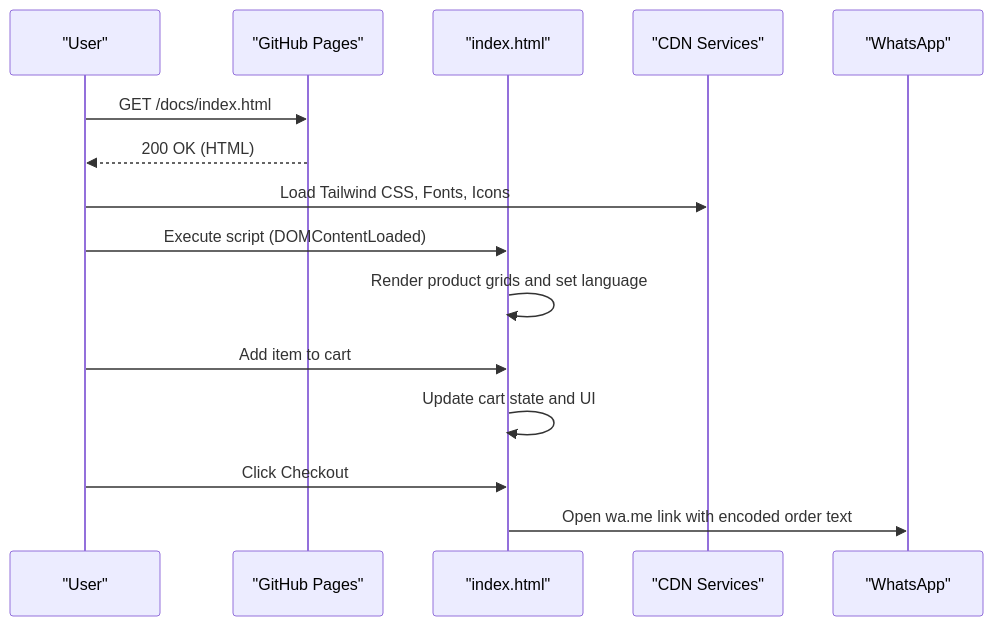
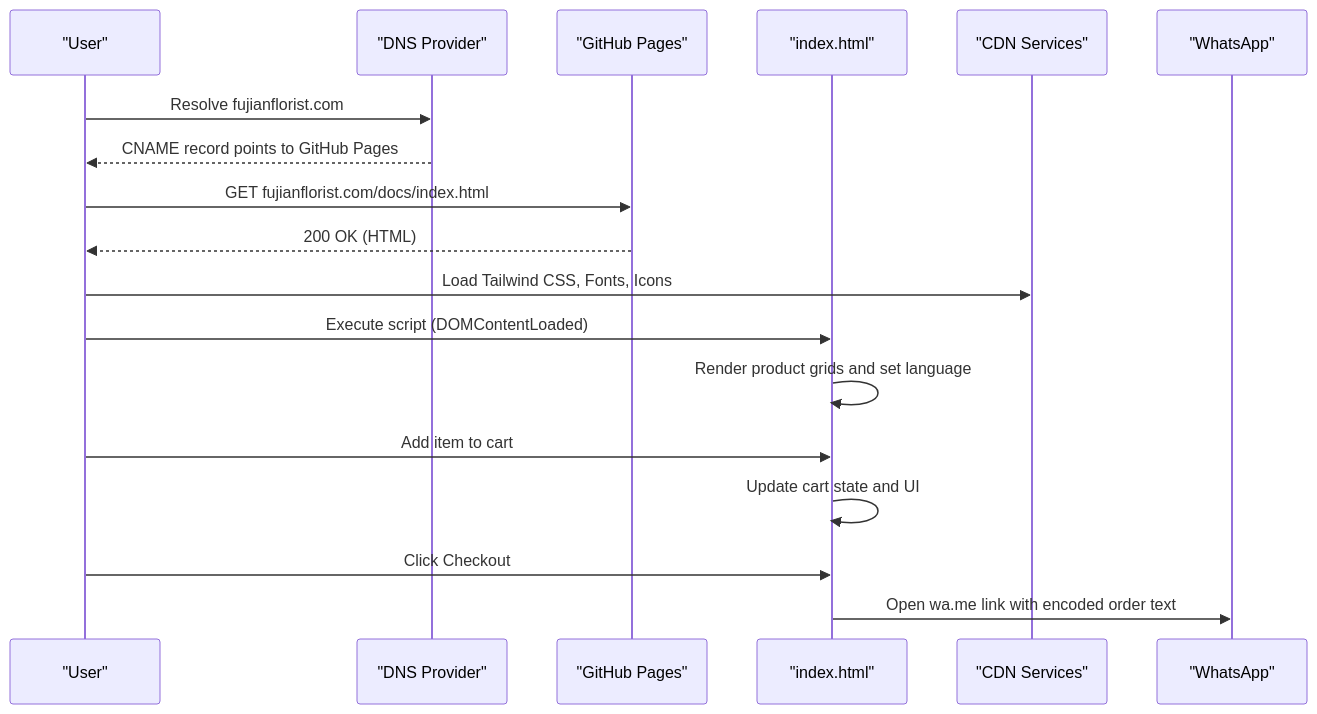
One commit to queenflowerhk/queenflowerhk.github.io changed the second of 3 diagrams in .qoder/repowiki/en/content/Deployment and Maintenance.md. Above: the diagram before and after it, drawn with Mermaid. The commit also changed other lines of this file and 62 other files, not shown here.

````diff
--- a/.qoder/repowiki/en/content/Deployment and Maintenance.md
+++ b/.qoder/repowiki/en/content/Deployment and Maintenance.md
@@ -93,17 +112,20 @@
 ```mermaid
 sequenceDiagram
 participant U as "User"
+participant CF as "DNS Provider"
 participant GH as "GitHub Pages"
 participant H as "index.html"
 participant CDN as "CDN Services"
 participant WA as "WhatsApp"
-U->>GH : GET /docs/index.html
+U->>CF : Resolve fujianflorist.com
+CF-->>U : CNAME record points to GitHub Pages
+U->>GH : GET fujianflorist.com/docs/index.html
 GH-->>U : 200 OK (HTML)
 U->>CDN : Load Tailwind CSS, Fonts, Icons
 U->>H : Execute script (DOMContentLoaded)
 H->>H : Render product grids and set language
 U->>H : Add item to cart
 H->>H : Update cart state and UI
 U->>H : Click Checkout
 H->>WA : Open wa.me link with encoded order text
 ```
````
